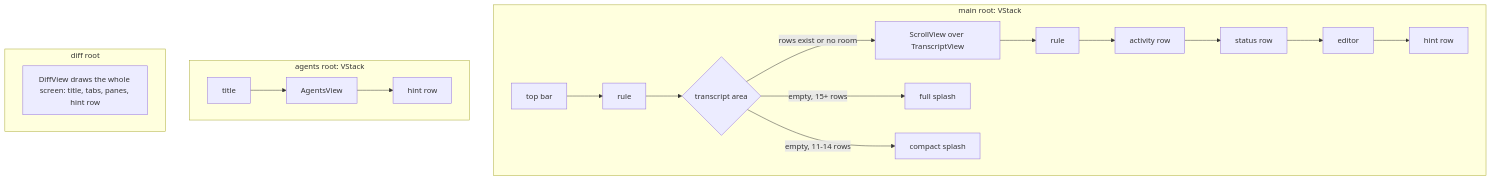
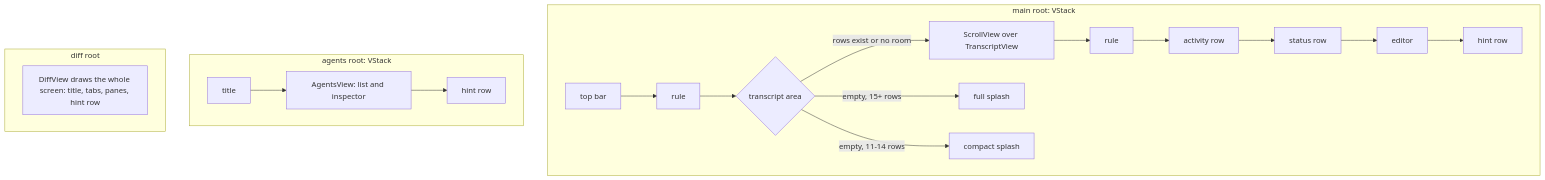
Before and after one commit to mr-jones123/makora: the diagram in docs/architecture/tui.md, drawn with Mermaid. The commit also changed other lines of this file and 17 other files, not shown here.

````diff
--- a/docs/architecture/tui.md
+++ b/docs/architecture/tui.md
@@ -31,18 +33,18 @@
 ```mermaid
 flowchart TB
   subgraph main[main root: VStack]
     T[top bar] --> R1[rule]
     R1 --> X{transcript area}
     X -->|rows exist or no room| SV[ScrollView over TranscriptView]
     X -->|empty, 15+ rows| SF[full splash]
     X -->|empty, 11-14 rows| SC[compact splash]
     SV --> R2[rule]
     R2 --> D[activity row] --> S[status row] --> E[editor] --> HINT[hint row]
   end
   subgraph agents[agents root: VStack]
-    AT[title] --> AV[AgentsView] --> AH[hint row]
+    AT[title] --> AV[AgentsView: list and inspector] --> AH[hint row]
   end
   subgraph diff[diff root]
     DV[DiffView draws the whole screen: title, tabs, panes, hint row]
   end
 ```
````
